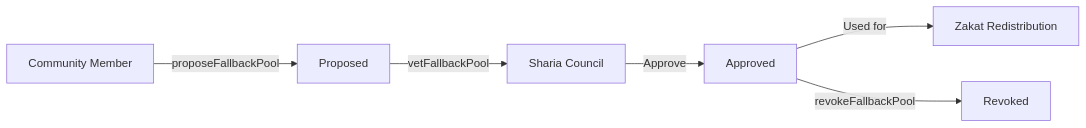
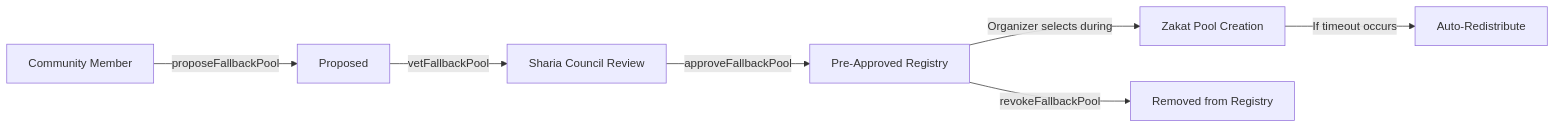
Before and after one commit to tawf-labs/zkt-hackathon: the fifth of 6 diagrams in sc/README.md, drawn with Mermaid. The commit also changed other lines of this file and 1 other file, not shown here.

````diff
--- a/sc/README.md
+++ b/sc/README.md
@@ -745,8 +752,9 @@
 ```mermaid
 flowchart LR
     A[Community Member] -->|proposeFallbackPool| B[Proposed]
-    B -->|vetFallbackPool| C[Sharia Council]
-    C -->|Approve| D[Approved]
-    D -->|Used for| E[Zakat Redistribution]
-    D -->|revokeFallbackPool| F[Revoked]
+    B -->|vetFallbackPool| C[Sharia Council Review]
+    C -->|approveFallbackPool| D[Pre-Approved Registry]
+    D -->|Organizer selects during| E[Zakat Pool Creation]
+    E -->|If timeout occurs| F[Auto-Redistribute]
+    D -->|revokeFallbackPool| G[Removed from Registry]
 ```
````
